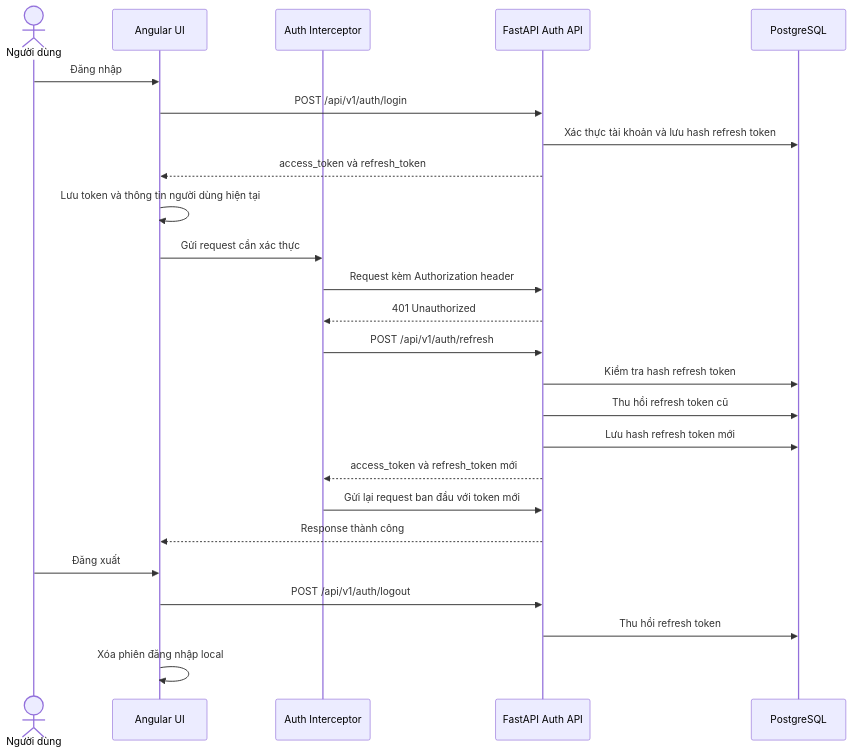
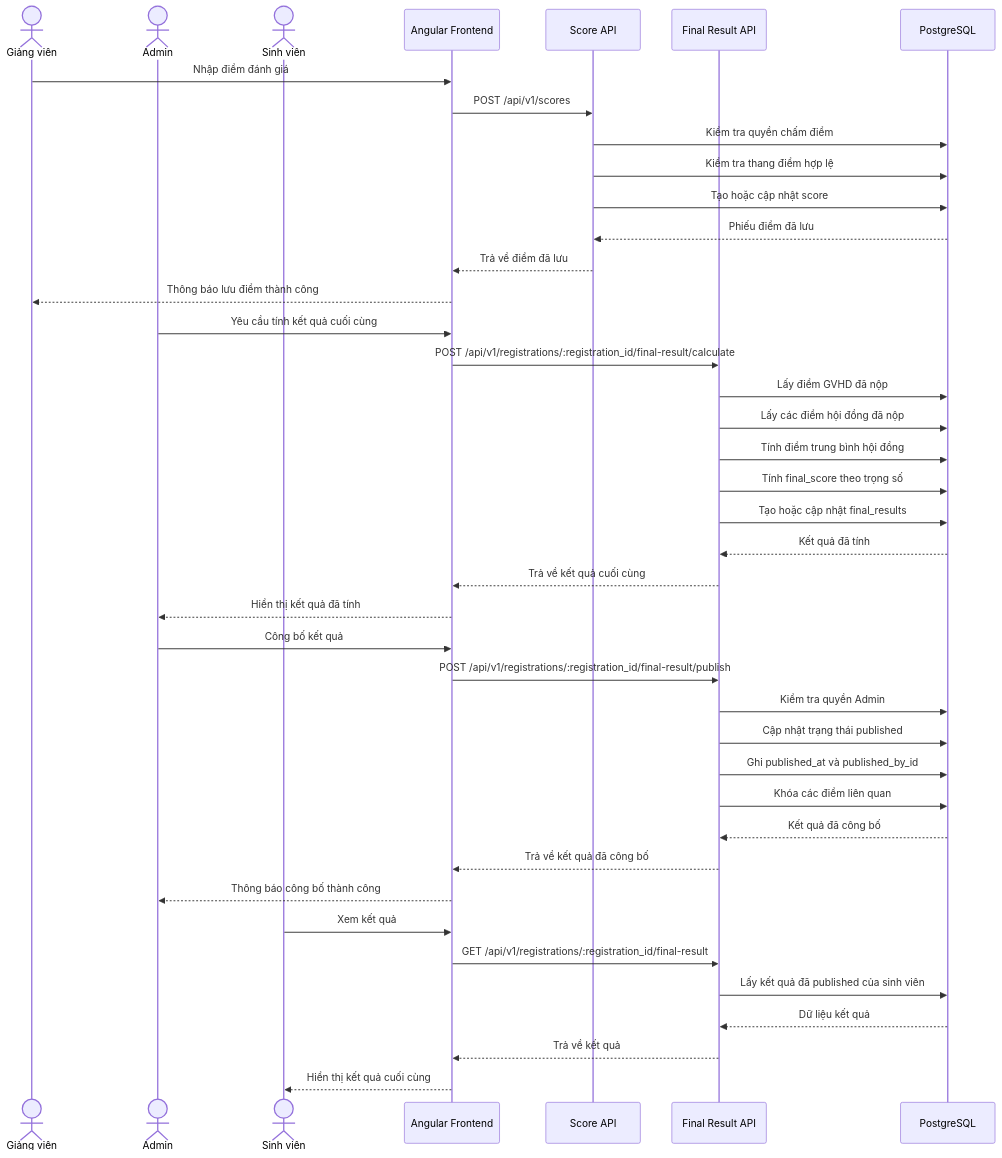
Before and after one commit to VanTruong475/research-thesis-portal: the tenth of 10 diagrams in docs/diagrams_research_thesis_portal.md, drawn with Mermaid. The commit also changed other lines of this file, not shown here.

Commit message:
docs(diagrams): add thesis report diagrams

````diff
--- a/docs/diagrams_research_thesis_portal.md
+++ b/docs/diagrams_research_thesis_portal.md
@@ -496,32 +556,47 @@
 ```mermaid
 sequenceDiagram
-    actor User as Người dùng
-    participant Web as Angular UI
-    participant Interceptor as Auth Interceptor
-    participant API as FastAPI Auth API
+    actor Lecturer as Giảng viên
+    actor Admin as Admin
+    actor Student as Sinh viên
+    participant Web as Angular Frontend
+    participant ScoreAPI as Score API
+    participant ResultAPI as Final Result API
     participant DB as PostgreSQL
 
-    User->>Web: Đăng nhập
-    Web->>API: POST /api/v1/auth/login
-    API->>DB: Xác thực tài khoản và lưu hash refresh token
-    API-->>Web: access_token và refresh_token
-    Web->>Web: Lưu token và thông tin người dùng hiện tại
+    Lecturer->>Web: Nhập điểm đánh giá
+    Web->>ScoreAPI: POST /api/v1/scores
+    ScoreAPI->>DB: Kiểm tra quyền chấm điểm
+    ScoreAPI->>DB: Kiểm tra thang điểm hợp lệ
+    ScoreAPI->>DB: Tạo hoặc cập nhật score
+    DB-->>ScoreAPI: Phiếu điểm đã lưu
+    ScoreAPI-->>Web: Trả về điểm đã lưu
+    Web-->>Lecturer: Thông báo lưu điểm thành công
 
-    Web->>Interceptor: Gửi request cần xác thực
-    Interceptor->>API: Request kèm Authorization header
-    API-->>Interceptor: 401 Unauthorized
+    Admin->>Web: Yêu cầu tính kết quả cuối cùng
+    Web->>ResultAPI: POST /api/v1/registrations/:registration_id/final-result/calculate
+    ResultAPI->>DB: Lấy điểm GVHD đã nộp
+    ResultAPI->>DB: Lấy các điểm hội đồng đã nộp
+    ResultAPI->>DB: Tính điểm trung bình hội đồng
+    ResultAPI->>DB: Tính final_score theo trọng số
+    ResultAPI->>DB: Tạo hoặc cập nhật final_results
+    DB-->>ResultAPI: Kết quả đã tính
+    ResultAPI-->>Web: Trả về kết quả cuối cùng
+    Web-->>Admin: Hiển thị kết quả đã tính
 
-    Interceptor->>API: POST /api/v1/auth/refresh
-    API->>DB: Kiểm tra hash refresh token
-    API->>DB: Thu hồi refresh token cũ
-    API->>DB: Lưu hash refresh token mới
-    API-->>Interceptor: access_token và refresh_token mới
+    Admin->>Web: Công bố kết quả
+    Web->>ResultAPI: POST /api/v1/registrations/:registration_id/final-result/publish
+    ResultAPI->>DB: Kiểm tra quyền Admin
+    ResultAPI->>DB: Cập nhật trạng thái published
+    ResultAPI->>DB: Ghi published_at và published_by_id
+    ResultAPI->>DB: Khóa các điểm liên quan
+    DB-->>ResultAPI: Kết quả đã công bố
+    ResultAPI-->>Web: Trả về kết quả đã công bố
+    Web-->>Admin: Thông báo công bố thành công
 
-    Interceptor->>API: Gửi lại request ban đầu với token mới
-    API-->>Web: Response thành công
-
-    User->>Web: Đăng xuất
-    Web->>API: POST /api/v1/auth/logout
-    API->>DB: Thu hồi refresh token
-    Web->>Web: Xóa phiên đăng nhập local
+    Student->>Web: Xem kết quả
+    Web->>ResultAPI: GET /api/v1/registrations/:registration_id/final-result
+    ResultAPI->>DB: Lấy kết quả đã published của sinh viên
+    DB-->>ResultAPI: Dữ liệu kết quả
+    ResultAPI-->>Web: Trả về kết quả
+    Web-->>Student: Hiển thị kết quả cuối cùng
 ```
````
